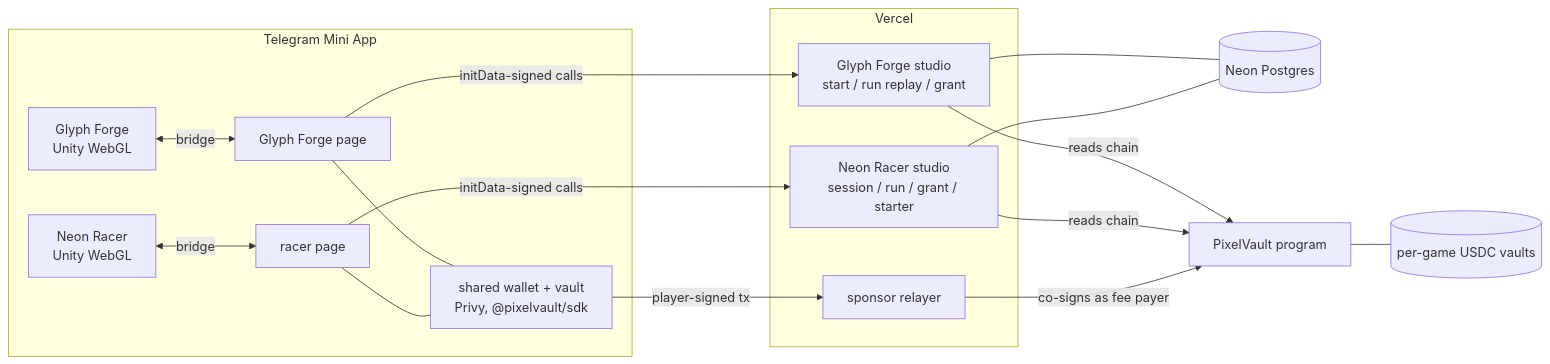
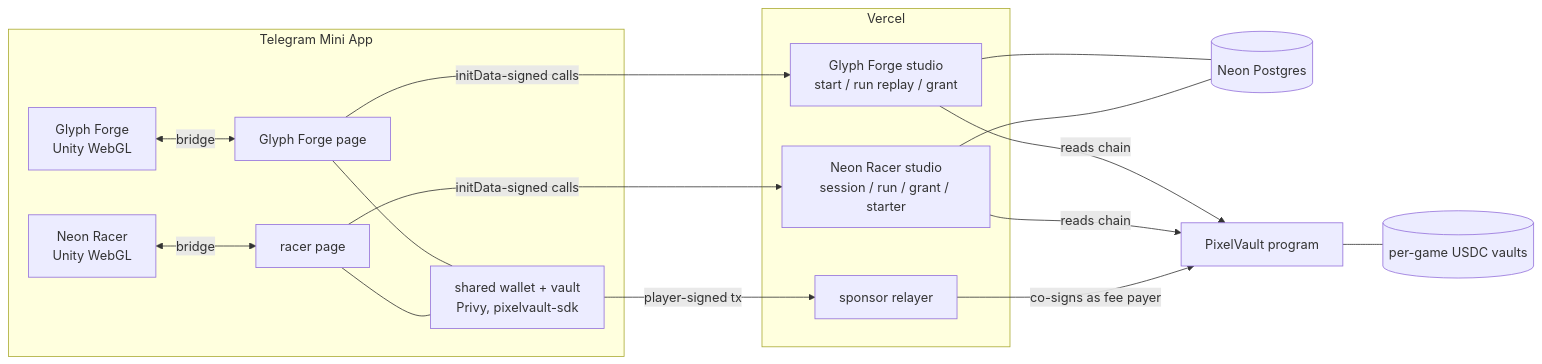
The diagram in README.md (Kumarutkarsh9470/PixelVault-Upgraded), drawn with Mermaid before and after one commit. The commit also changed other lines of this file and 9 other files, not shown here.

First line of the commit message:
Publish the SDK as pixelvault-sdk 0.2.0

````diff
--- a/README.md
+++ b/README.md
@@ -202,23 +202,23 @@
 ```mermaid
 flowchart LR
     subgraph Telegram Mini App
         U[Neon Racer<br/>Unity WebGL] <-->|bridge| R[racer page]
         G[Glyph Forge<br/>Unity WebGL] <-->|bridge| GP[Glyph Forge page]
-        R --- W[shared wallet + vault<br/>Privy, @pixelvault/sdk]
+        R --- W[shared wallet + vault<br/>Privy, pixelvault-sdk]
         GP --- W
     end
     R -->|initData-signed calls| API
     GP -->|initData-signed calls| GAPI
     subgraph Vercel
         API[Neon Racer studio<br/>session / run / grant / starter]
         GAPI[Glyph Forge studio<br/>start / run replay / grant]
         S[sponsor relayer]
     end
     API --- DB[(Neon Postgres)]
     GAPI --- DB
     W -->|player-signed tx| S
     S -->|co-signs as fee payer| P[PixelVault program]
     API -->|reads chain| P
     GAPI -->|reads chain| P
     P --- V[(per-game USDC vaults)]
 ```
````
